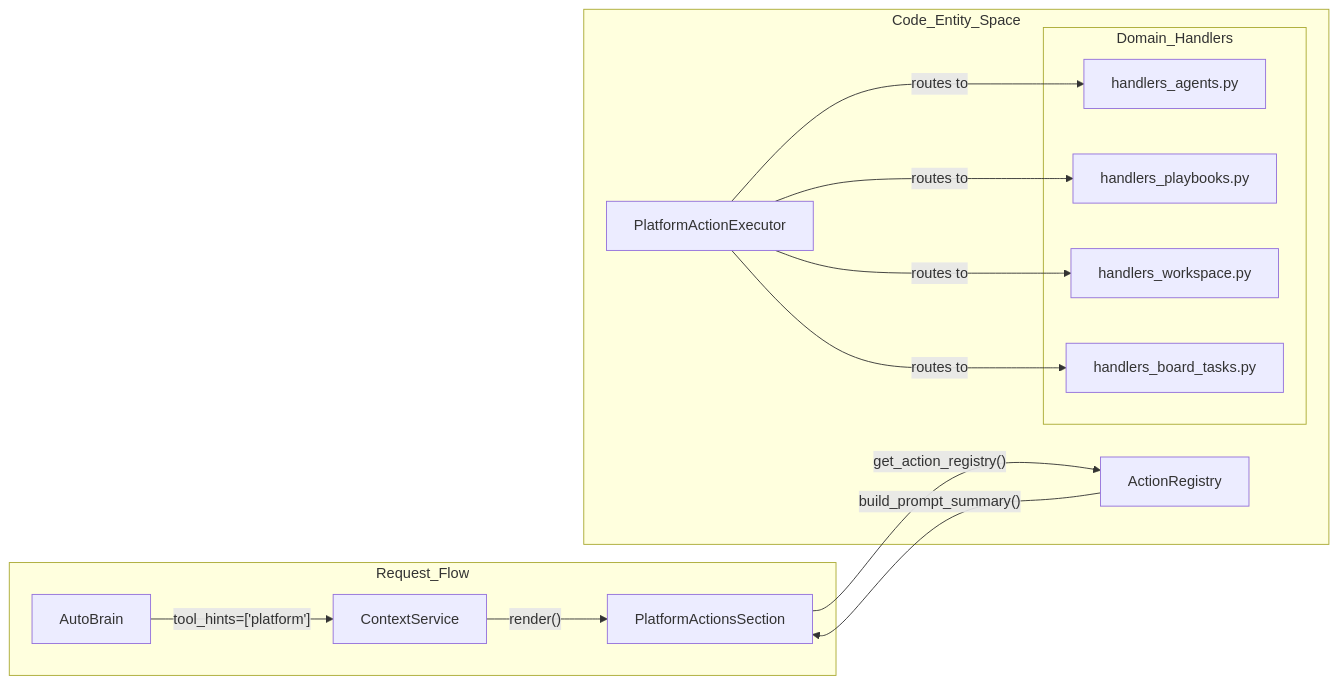
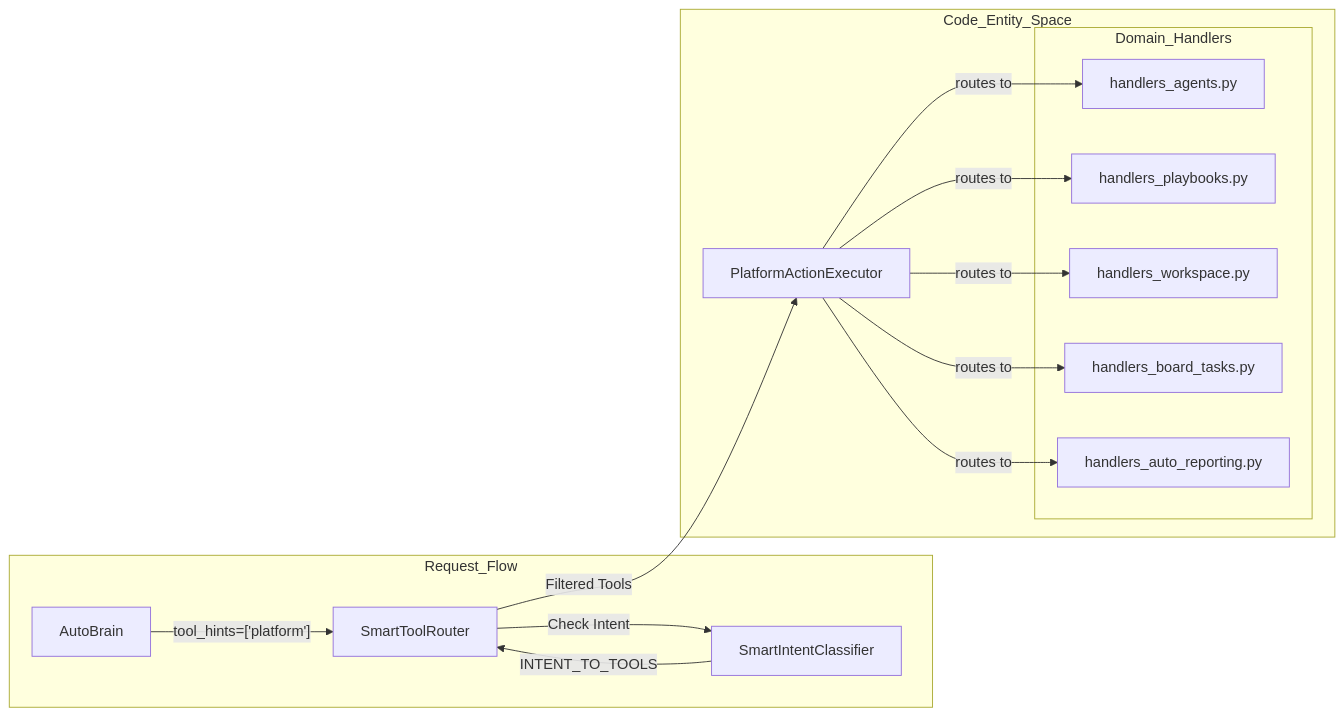
One commit to AutomatosAI/automatos-ai changed the fourth of 4 diagrams in docs/platform-actions/platform-actions-discovery.md. Above: the diagram before and after it, drawn with Mermaid. The commit also changed other lines of this file and 153 other files, not shown here.

````diff
--- a/docs/platform-actions/platform-actions-discovery.md
+++ b/docs/platform-actions/platform-actions-discovery.md
@@ -165,30 +177,31 @@
 ```mermaid
 graph LR
     subgraph "Request_Flow"
         AB["AutoBrain"]
-        CS["ContextService"]
-        PAS["PlatformActionsSection"]
+        STR["SmartToolRouter"]
+        SIC["SmartIntentClassifier"]
     end
 
     subgraph "Code_Entity_Space"
         PAE["PlatformActionExecutor"]
-        AR["ActionRegistry"]
         
         subgraph "Domain_Handlers"
             HA["handlers_agents.py"]
             HP["handlers_playbooks.py"]
             HW["handlers_workspace.py"]
             HB["handlers_board_tasks.py"]
+            HAR["handlers_auto_reporting.py"]
         end
     end
 
-    AB -->|"tool_hints=['platform']"| CS
-    CS -->|"render()"| PAS
-    PAS -->|"get_action_registry()"| AR
-    AR -->|"build_prompt_summary()"| PAS
+    AB -->|"tool_hints=['platform']"| STR
+    STR -->|"Check Intent"| SIC
+    SIC -->|"INTENT_TO_TOOLS"| STR
+    STR -->|"Filtered Tools"| PAE
     
     PAE -->|"routes to"| HA
     PAE -->|"routes to"| HP
     PAE -->|"routes to"| HW
     PAE -->|"routes to"| HB
+    PAE -->|"routes to"| HAR
 ```
````
